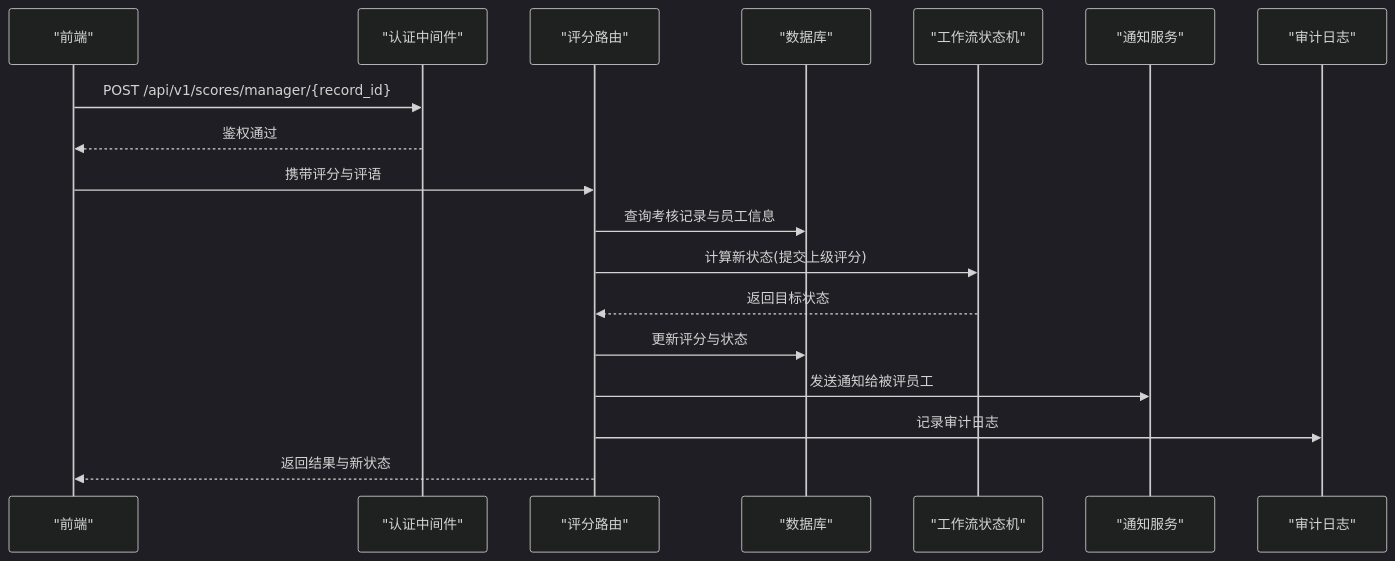
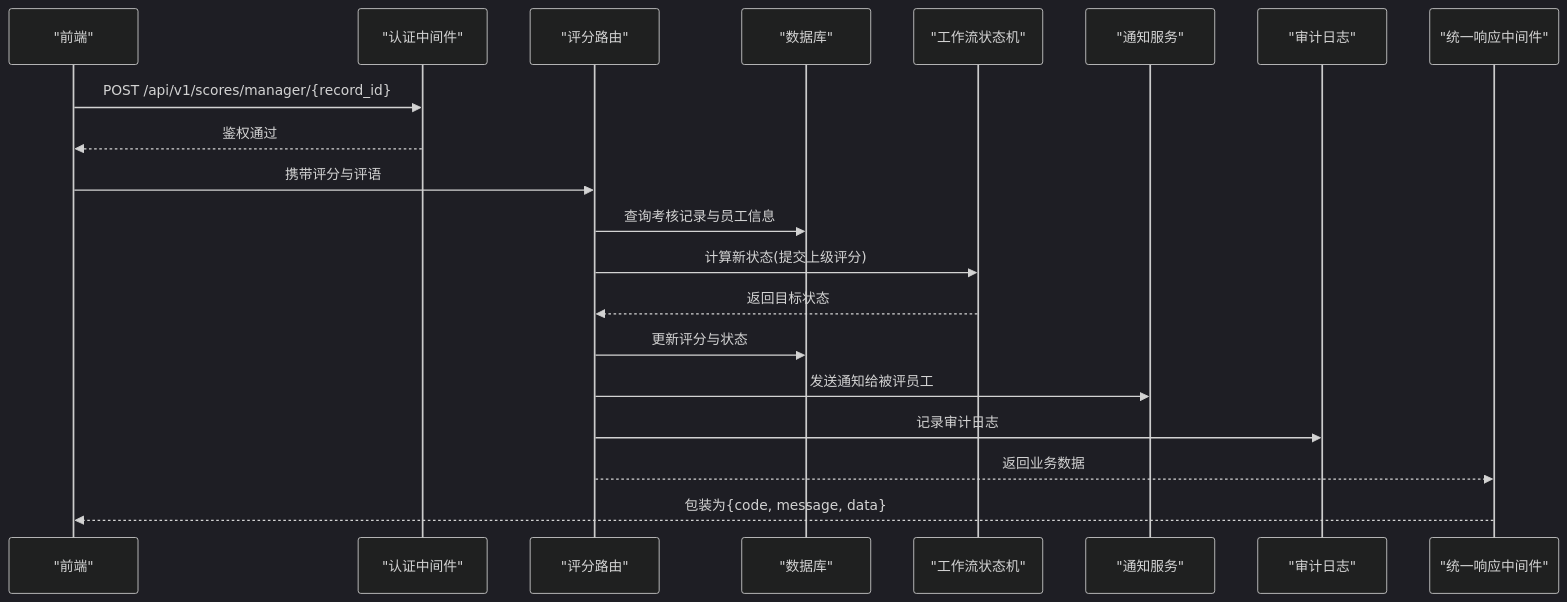
Before and after one commit to xgd561/performance_evaluation_system: the second of 4 diagrams in .qoder/repowiki/zh/content/API参考文档/API参考文档.md, drawn with Mermaid (dark theme). The commit also changed other lines of this file and 136 other files, not shown here.

````diff
--- a/.qoder/repowiki/zh/content/API参考文档/API参考文档.md
+++ b/.qoder/repowiki/zh/content/API参考文档/API参考文档.md
@@ -81,20 +97,22 @@
 ```mermaid
 sequenceDiagram
 participant FE as "前端"
 participant Auth as "认证中间件"
 participant Scores as "评分路由"
 participant DB as "数据库"
 participant SM as "工作流状态机"
 participant Notify as "通知服务"
 participant Audit as "审计日志"
+participant UR as "统一响应中间件"
 FE->>Auth : POST /api/v1/scores/manager/{record_id}
 Auth-->>FE : 鉴权通过
 FE->>Scores : 携带评分与评语
 Scores->>DB : 查询考核记录与员工信息
 Scores->>SM : 计算新状态(提交上级评分)
 SM-->>Scores : 返回目标状态
 Scores->>DB : 更新评分与状态
 Scores->>Notify : 发送通知给被评员工
 Scores->>Audit : 记录审计日志
-Scores-->>FE : 返回结果与新状态
+Scores-->>UR : 返回业务数据
+UR-->>FE : 包装为{code, message, data}
 ```
````
